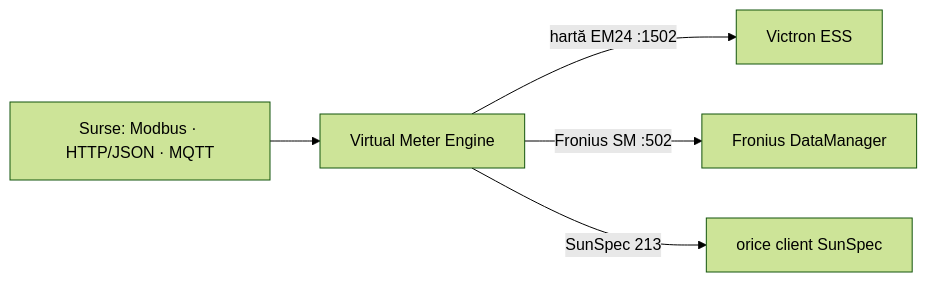
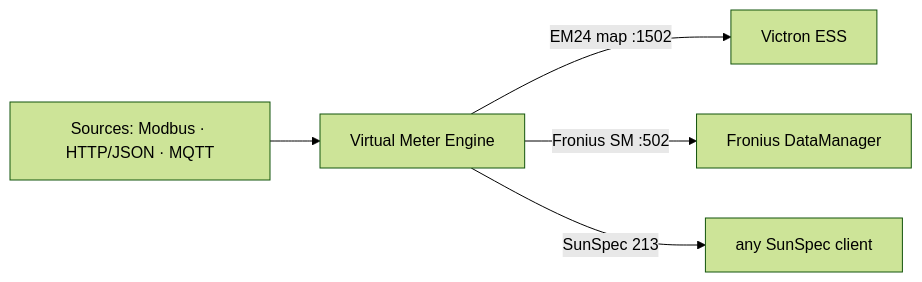
Before and after one commit to sm26449/multi-bus-gateway: the diagram in README.md, drawn with Mermaid (forest theme). The commit also changed other lines of this file and 6 other files, not shown here.

````diff
--- a/README.md
+++ b/README.md
@@ -218,7 +223,7 @@
 ```mermaid
 flowchart LR
-    SRC["Surse: Modbus · HTTP/JSON · MQTT"] --> ENG["Virtual Meter Engine"]
-    ENG -->|"hartă EM24 :1502"| V["Victron ESS"]
+    SRC["Sources: Modbus · HTTP/JSON · MQTT"] --> ENG["Virtual Meter Engine"]
+    ENG -->|"EM24 map :1502"| V["Victron ESS"]
     ENG -->|"Fronius SM :502"| F["Fronius DataManager"]
-    ENG -->|"SunSpec 213"| X["orice client SunSpec"]
+    ENG -->|"SunSpec 213"| X["any SunSpec client"]
 ```
````
